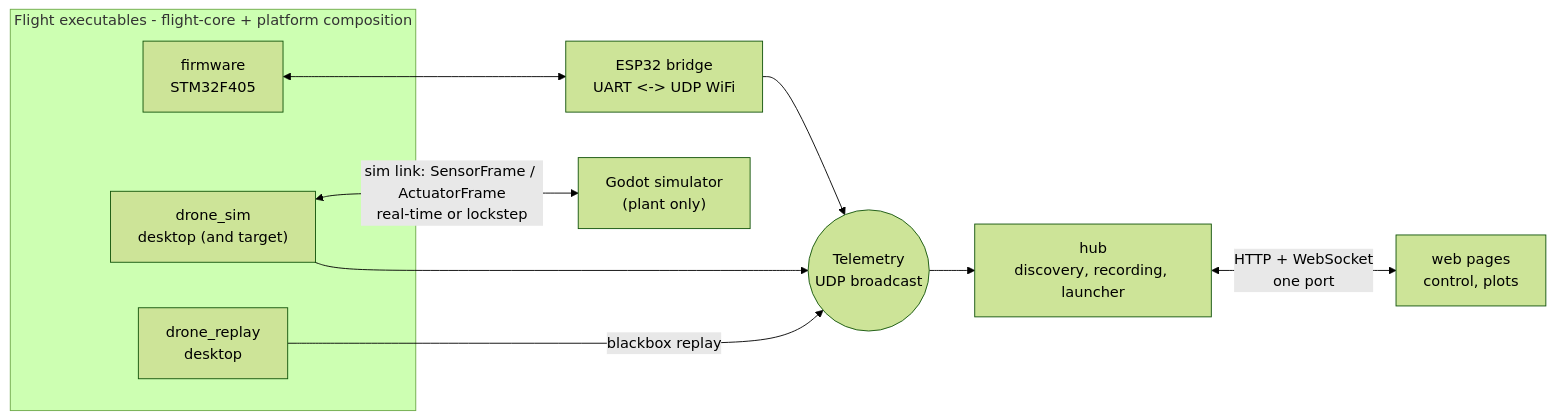
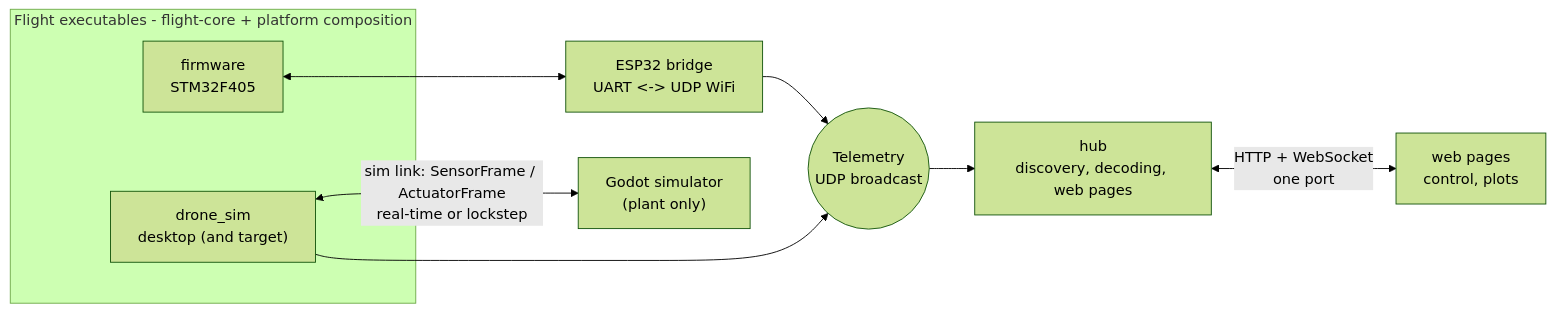
The first of 2 diagrams in docs/architecture.md (Keyrim/drone-mark4), drawn with Mermaid (forest theme) before and after one commit. The commit also changed other lines of this file and 8 other files, not shown here.

````diff
--- a/docs/architecture.md
+++ b/docs/architecture.md
@@ -9,22 +9,20 @@
 ```mermaid
 flowchart LR
     subgraph flight["Flight executables - flight-core + platform composition"]
         FW["firmware<br/>STM32F405"]
         DS["drone_sim<br/>desktop (and target)"]
-        DR["drone_replay<br/>desktop"]
     end
 
     ESP["ESP32 bridge<br/>UART <-> UDP WiFi"]
     GODOT["Godot simulator<br/>(plant only)"]
-    HUB["hub<br/>discovery, recording, launcher"]
+    HUB["hub<br/>discovery, decoding, web pages"]
     PAGES["web pages<br/>control, plots"]
     BUS(("Telemetry<br/>UDP broadcast"))
 
     FW <--> ESP
     DS <-->|"sim link: SensorFrame / ActuatorFrame<br/>real-time or lockstep"| GODOT
-    DR -->|"blackbox replay"| BUS
     ESP --> BUS
     DS --> BUS
     BUS --> HUB
     HUB <-->|"HTTP + WebSocket<br/>one port"| PAGES
 ```
````
